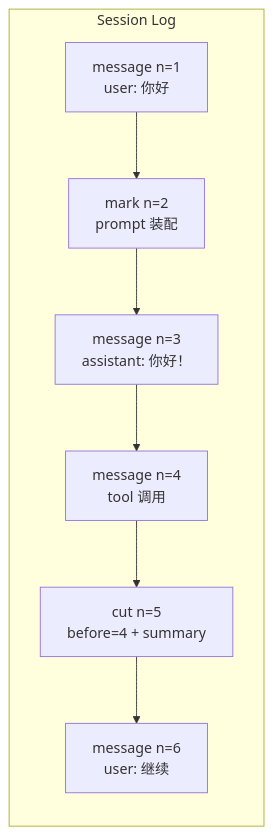
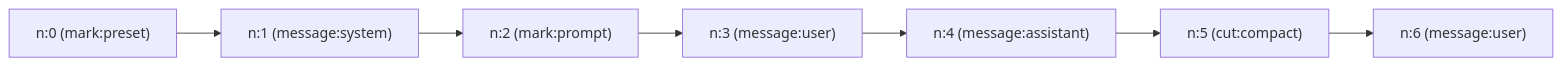
The first of 3 diagrams in docs/architecture/sessions.md (ChatLunaLab/doc), drawn with Mermaid before and after one commit. The commit also changed other lines of this file and 17 other files, not shown here.

First line of the commit message:
docs: deepen v2 architecture and manual guides

````diff
--- a/docs/architecture/sessions.md
+++ b/docs/architecture/sessions.md
@@ -11,13 +37,9 @@
 ```mermaid
 flowchart LR
-    subgraph Log[Session Log]
-        direction TB
-        M1[message n=1<br/>user: 你好]
-        MK[mark n=2<br/>prompt 装配]
-        M2[message n=3<br/>assistant: 你好！]
-        M3[message n=4<br/>tool 调用]
-        CUT[cut n=5<br/>before=4 + summary]
-        M4[message n=6<br/>user: 继续]
-        M1 --> MK --> M2 --> M3 --> CUT --> M4
-    end
+    E0["n:0 (mark:preset)"] --> E1["n:1 (message:system)"]
+    E1 --> E2["n:2 (mark:prompt)"]
+    E2 --> E3["n:3 (message:user)"]
+    E3 --> E4["n:4 (message:assistant)"]
+    E4 --> E5["n:5 (cut:compact)"]
+    E5 --> E6["n:6 (message:user)"]
 ```
````
